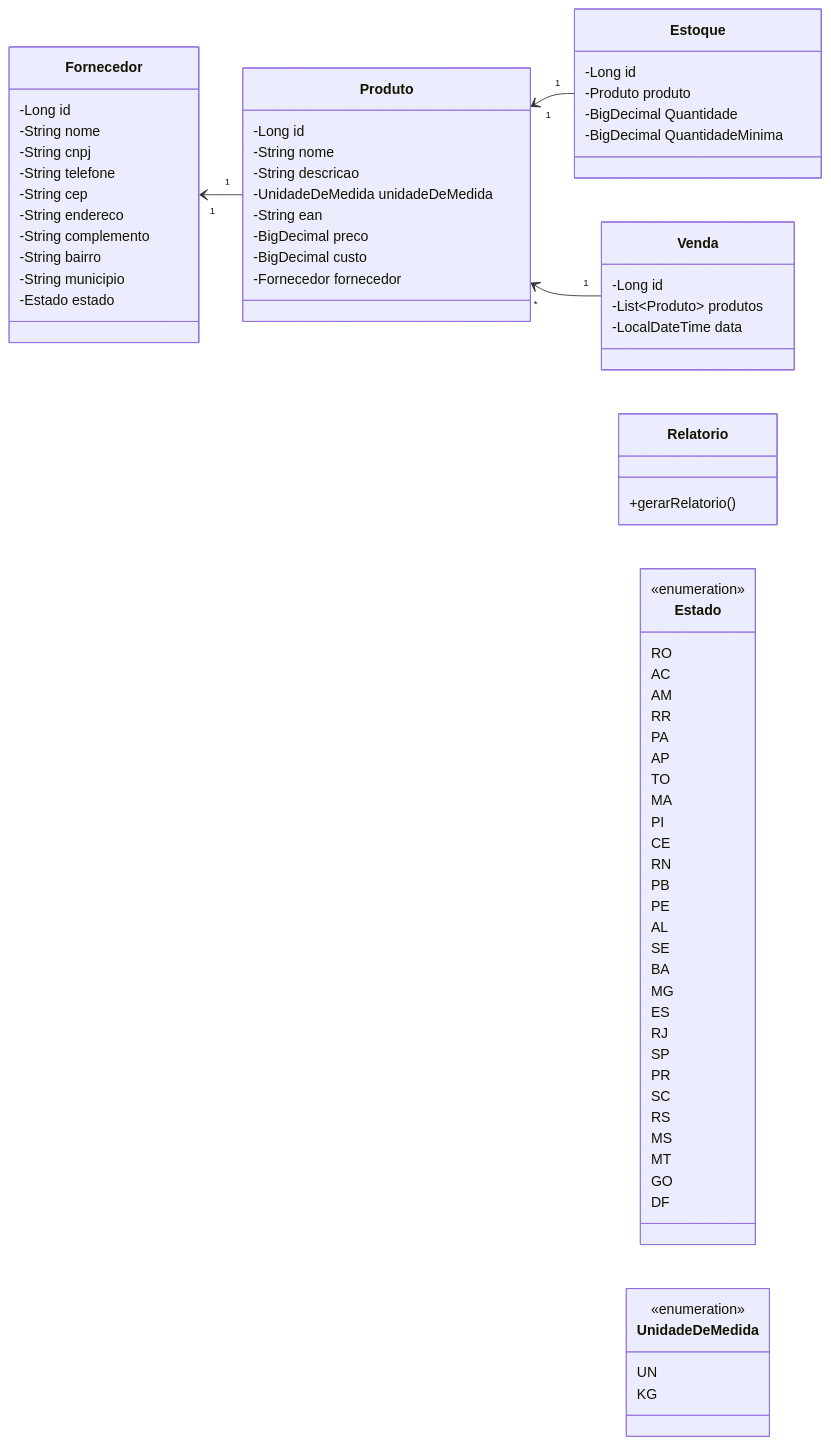
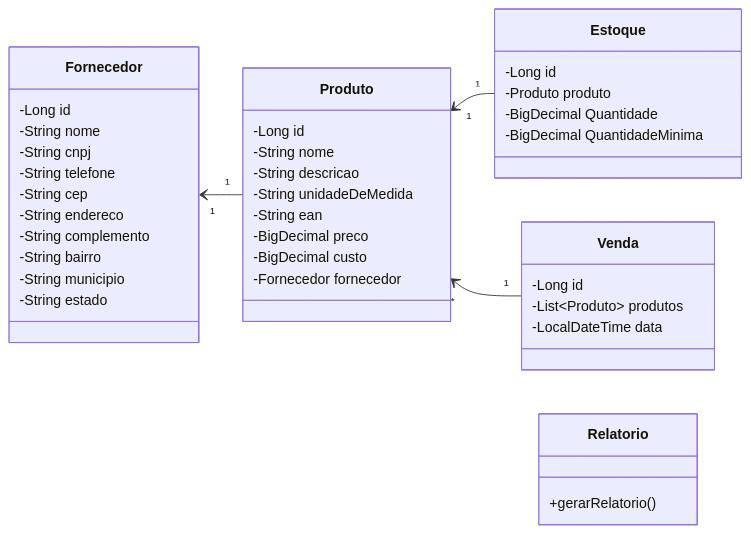
One commit to Eduardo-Karpinski/TCC changed the diagram in Diagramas/classe.md. Above: the diagram before and after it, drawn with Mermaid. The commit also changed 24 other files, not shown here.

````diff
--- a/Diagramas/classe.md
+++ b/Diagramas/classe.md
@@ -10,7 +10,7 @@
         -Long id
         -String nome
         -String descricao
-        -UnidadeDeMedida unidadeDeMedida
+        -String unidadeDeMedida
         -String ean
         -BigDecimal preco
         -BigDecimal custo
@@ -27,7 +27,7 @@
         -String complemento
         -String bairro
         -String municipio
-        -Estado estado
+        -String estado
     }
 
     class Estoque{
@@ -46,41 +46,4 @@
         -List~Produto~ produtos
         -LocalDateTime data
     }
-
-    class Estado{
-        <<enumeration>>
-        RO
-        AC
-        AM
-        RR
-        PA
-        AP
-        TO
-        MA
-        PI
-        CE
-        RN
-        PB
-        PE
-        AL
-        SE
-        BA
-        MG
-        ES
-        RJ
-        SP
-        PR
-        SC
-        RS
-        MS
-        MT
-        GO
-        DF
-    }
-
-    class UnidadeDeMedida{
-        <<enumeration>>
-        UN
-        KG
-    }
 ```
````
